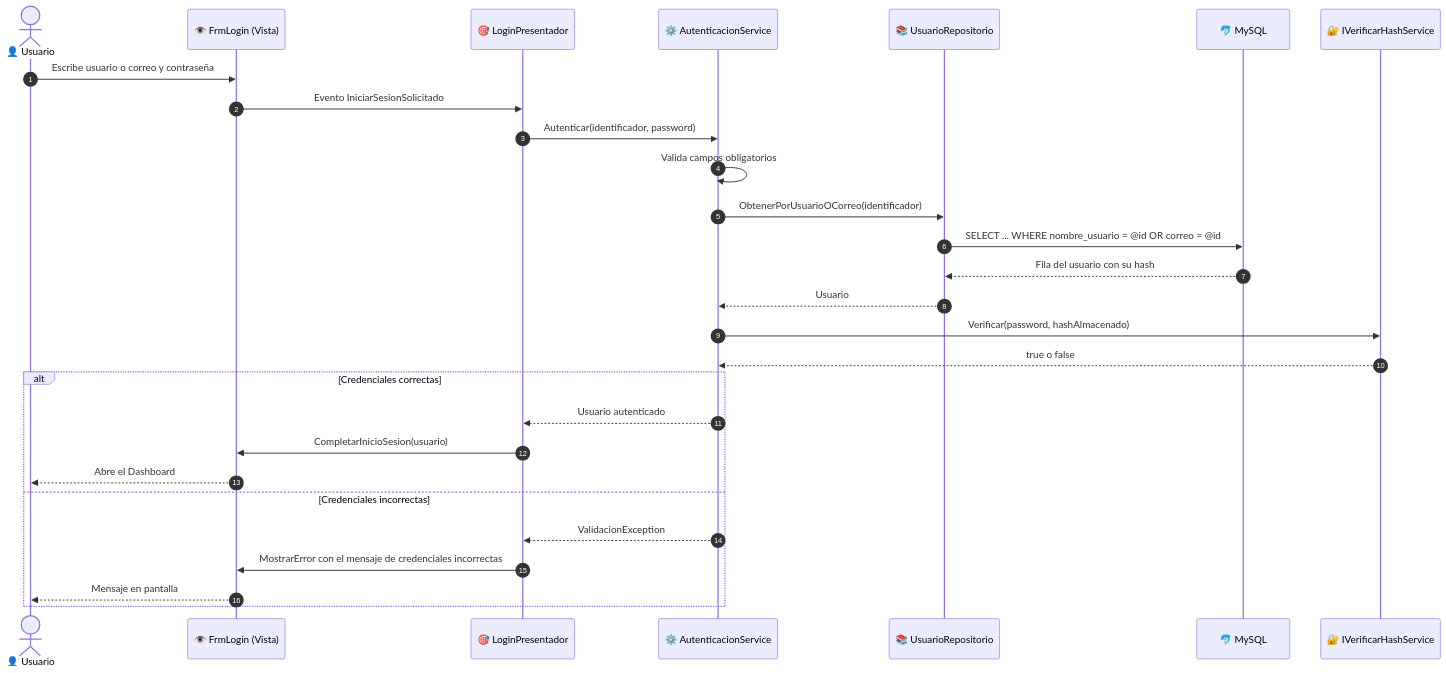
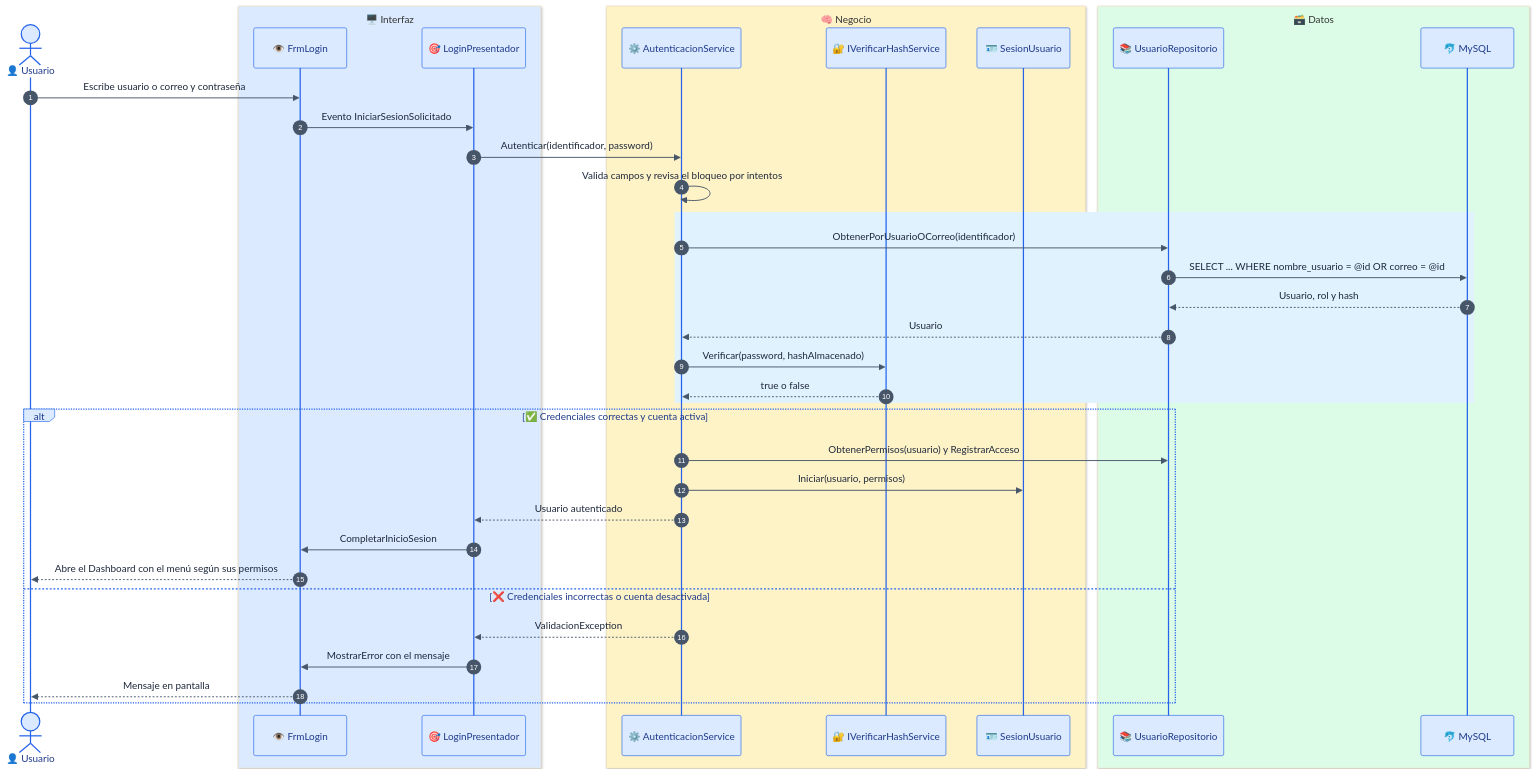
One commit to VITIDEV06/InventarioMVP changed the fourth of 8 diagrams in README.md. Above: the diagram before and after it, drawn with Mermaid. The commit also changed other lines of this file and 99 other files, not shown here.

````diff
--- a/README.md
+++ b/README.md
@@ -252,31 +376,43 @@
 ```mermaid
+%%{init: {'theme':'base','themeVariables':{'fontFamily':'Segoe UI, Arial, sans-serif','actorBkg':'#dbeafe','actorBorder':'#2563eb','actorTextColor':'#1e3a8a','signalColor':'#475569','signalTextColor':'#1e293b','noteBkgColor':'#fef9c3','noteBorderColor':'#ca8a04','activationBkgColor':'#e0e7ff','sequenceNumberColor':'#ffffff'}}}%%
 sequenceDiagram
     autonumber
     actor U as 👤 Usuario
-    participant V as 👁️ FrmLogin (Vista)
-    participant P as 🎯 LoginPresentador
-    participant S as ⚙️ AutenticacionService
-    participant R as 📚 UsuarioRepositorio
-    participant DB as 🐬 MySQL
-    participant H as 🔐 IVerificarHashService
+    box rgb(219,234,254) 🖥️ Interfaz
+        participant V as 👁️ FrmLogin
+        participant P as 🎯 LoginPresentador
+    end
+    box rgb(254,243,199) 🧠 Negocio
+        participant S as ⚙️ AutenticacionService
+        participant H as 🔐 IVerificarHashService
+        participant SE as 🪪 SesionUsuario
+    end
+    box rgb(220,252,231) 🗃️ Datos
+        participant R as 📚 UsuarioRepositorio
+        participant DB as 🐬 MySQL
+    end
 
     U->>V: Escribe usuario o correo y contraseña
     V->>P: Evento IniciarSesionSolicitado
     P->>S: Autenticar(identificador, password)
-    S->>S: Valida campos obligatorios
-    S->>R: ObtenerPorUsuarioOCorreo(identificador)
-    R->>DB: SELECT ... WHERE nombre_usuario = @id OR correo = @id
-    DB-->>R: Fila del usuario con su hash
-    R-->>S: Usuario
-    S->>H: Verificar(password, hashAlmacenado)
-    H-->>S: true o false
-    alt Credenciales correctas
+    S->>S: Valida campos y revisa el bloqueo por intentos
+    rect rgb(224,242,254)
+        S->>R: ObtenerPorUsuarioOCorreo(identificador)
+        R->>DB: SELECT ... WHERE nombre_usuario = @id OR correo = @id
+        DB-->>R: Usuario, rol y hash
+        R-->>S: Usuario
+        S->>H: Verificar(password, hashAlmacenado)
+        H-->>S: true o false
+    end
+    alt ✅ Credenciales correctas y cuenta activa
+        S->>R: ObtenerPermisos(usuario) y RegistrarAcceso
+        S->>SE: Iniciar(usuario, permisos)
         S-->>P: Usuario autenticado
-        P->>V: CompletarInicioSesion(usuario)
-        V-->>U: Abre el Dashboard
-    else Credenciales incorrectas
+        P->>V: CompletarInicioSesion
+        V-->>U: Abre el Dashboard con el menú según sus permisos
+    else ❌ Credenciales incorrectas o cuenta desactivada
         S-->>P: ValidacionException
-        P->>V: MostrarError con el mensaje de credenciales incorrectas
+        P->>V: MostrarError con el mensaje
         V-->>U: Mensaje en pantalla
     end
 ```
````
